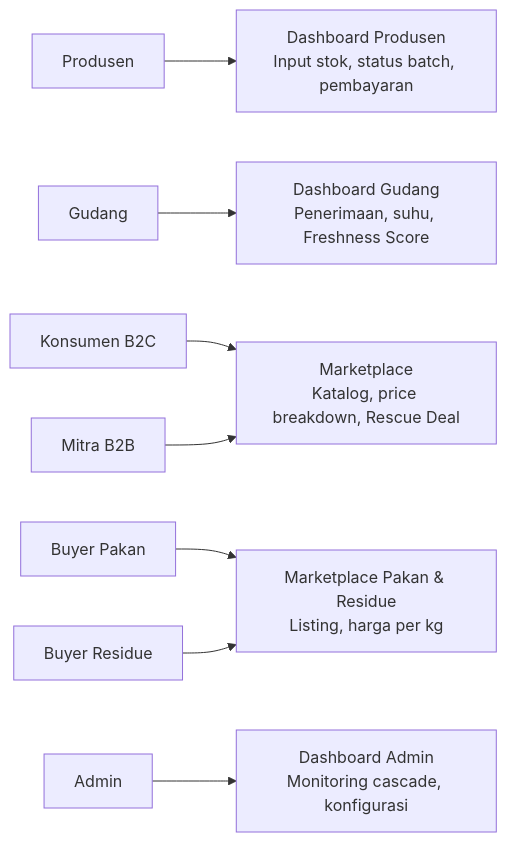
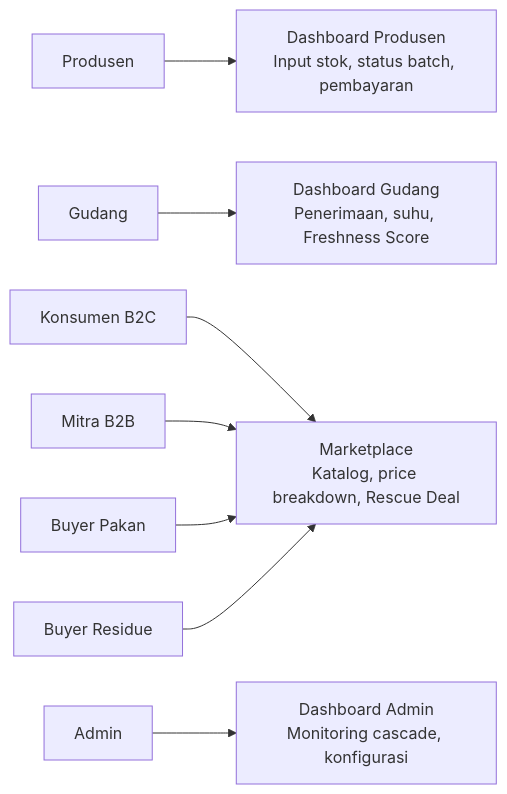
One commit to rendrabagasdev/manifesto-vesta changed the diagram in vault/01-Overview/👥 Peran Pengguna.md. Above: the diagram before and after it, drawn with Mermaid. The commit also changed other lines of this file and 33 other files, not shown here.

````diff
--- a/vault/01-Overview/👥 Peran Pengguna.md
+++ b/vault/01-Overview/👥 Peran Pengguna.md
@@ -21,10 +19,10 @@
 ```mermaid
 flowchart LR
     P[Produsen] --> DP["Dashboard Produsen<br/>Input stok, status batch, pembayaran"]
     G[Gudang] --> DG["Dashboard Gudang<br/>Penerimaan, suhu, Freshness Score"]
     B2C[Konsumen B2C] --> MP["Marketplace<br/>Katalog, price breakdown, Rescue Deal"]
     B2B[Mitra B2B] --> MP
-    PT[Buyer Pakan] --> MF["Marketplace Pakan & Residue<br/>Listing, harga per kg"]
-    BR[Buyer Residue] --> MF
+    PT[Buyer Pakan] --> MP
+    BR[Buyer Residue] --> MP
     A[Admin] --> DA["Dashboard Admin<br/>Monitoring cascade, konfigurasi"]
 ```
````
